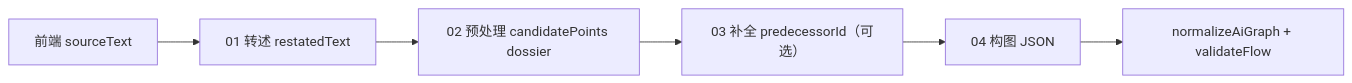
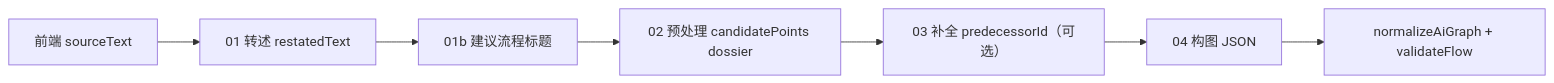
One commit to SelinaGuo0261/UW-Triage-Portotype changed the diagram in docs/FILE2FLOW_AND_CHAT2FLOW.md. Above: the diagram before and after it, drawn with Mermaid. The commit also changed other lines of this file and 10 other files, not shown here.

First line of the commit message:
feat(admin): PDF/DOC file2flow, AI flow title, library scroll fix

````diff
--- a/docs/FILE2FLOW_AND_CHAT2FLOW.md
+++ b/docs/FILE2FLOW_AND_CHAT2FLOW.md
@@ -31,8 +31,9 @@
 ```mermaid
 flowchart LR
   A[前端 sourceText] --> B["01 转述 restatedText"]
-  B --> C["02 预处理 candidatePoints dossier"]
+  B --> B2["01b 建议流程标题"]
+  B2 --> C["02 预处理 candidatePoints dossier"]
   C --> D["03 补全 predecessorId（可选）"]
   D --> E["04 构图 JSON"]
   E --> F[normalizeAiGraph + validateFlow]
 ```
````
